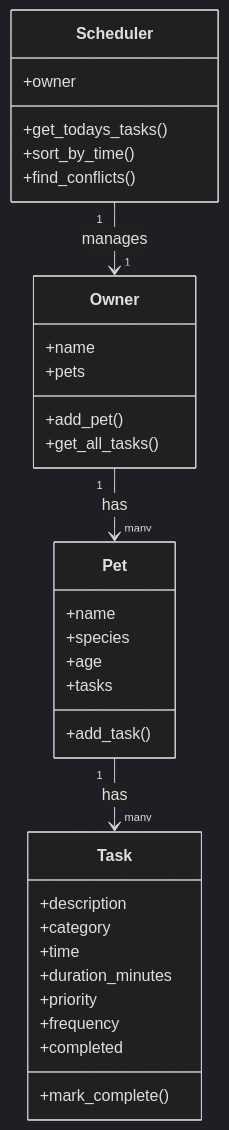
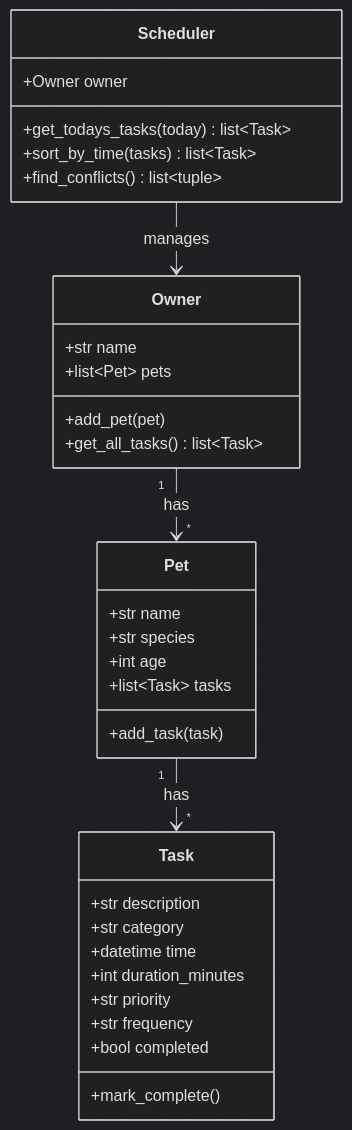
The diagram in diagrams/uml_draft.mmd (laylahadley/ai110-module2show-pawpal-starter), drawn with Mermaid (dark theme) before and after one commit. The commit also changed 2 other files, not shown here.

Commit message:
refactor: use datetime for tasks and owner-based scheduling methods

```diff
--- a/diagrams/uml_draft.mmd
+++ b/diagrams/uml_draft.mmd
@@ -1,37 +1,36 @@
 classDiagram
     class Owner {
-        +name
-        +pets
-        +add_pet()
-        +get_all_tasks()
+        +str name
+        +list~Pet~ pets
+        +add_pet(pet)
+        +get_all_tasks() list~Task~
     }
 
     class Pet {
-        +name
-        +species
-        +age
-        +tasks
-        +add_task()
+        +str name
+        +str species
+        +int age
+        +list~Task~ tasks
+        +add_task(task)
     }
 
     class Task {
-        +description
-        +category
-        +time
-        +duration_minutes
-        +priority
-        +frequency
-        +completed
+        +str description
+        +str category
+        +datetime time
+        +int duration_minutes
+        +str priority
+        +str frequency
+        +bool completed
         +mark_complete()
     }
-
+    
     class Scheduler {
-        +owner
-        +get_todays_tasks()
-        +sort_by_time()
-        +find_conflicts()
+        +Owner owner
+        +get_todays_tasks(today) list~Task~
+        +sort_by_time(tasks) list~Task~
+        +find_conflicts() list~tuple~
     }
-
-    Owner "1" --> "many" Pet : has
-    Pet "1" --> "many" Task : has
-    Scheduler "1" --> "1" Owner : manages
+    Owner "1" --> "*" Pet : has
+    Pet "1" --> "*" Task : has
+    Scheduler --> Owner : manages
```
